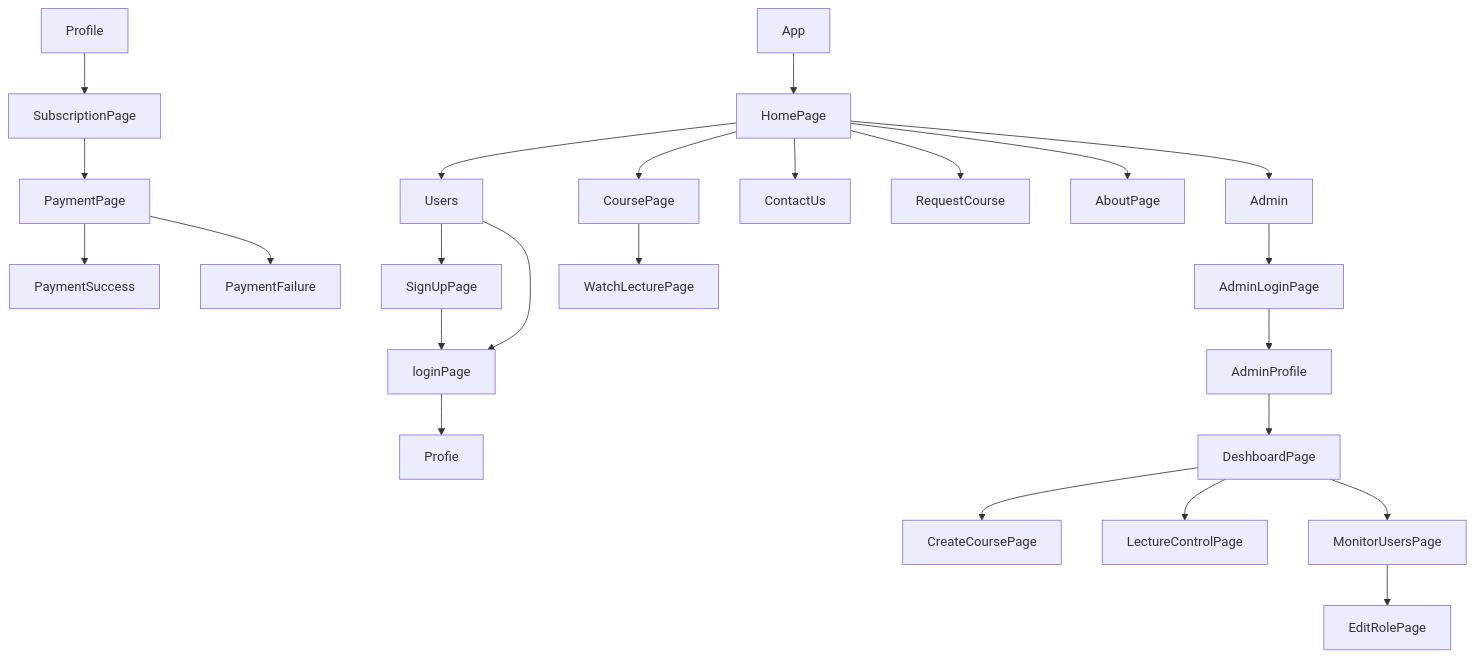
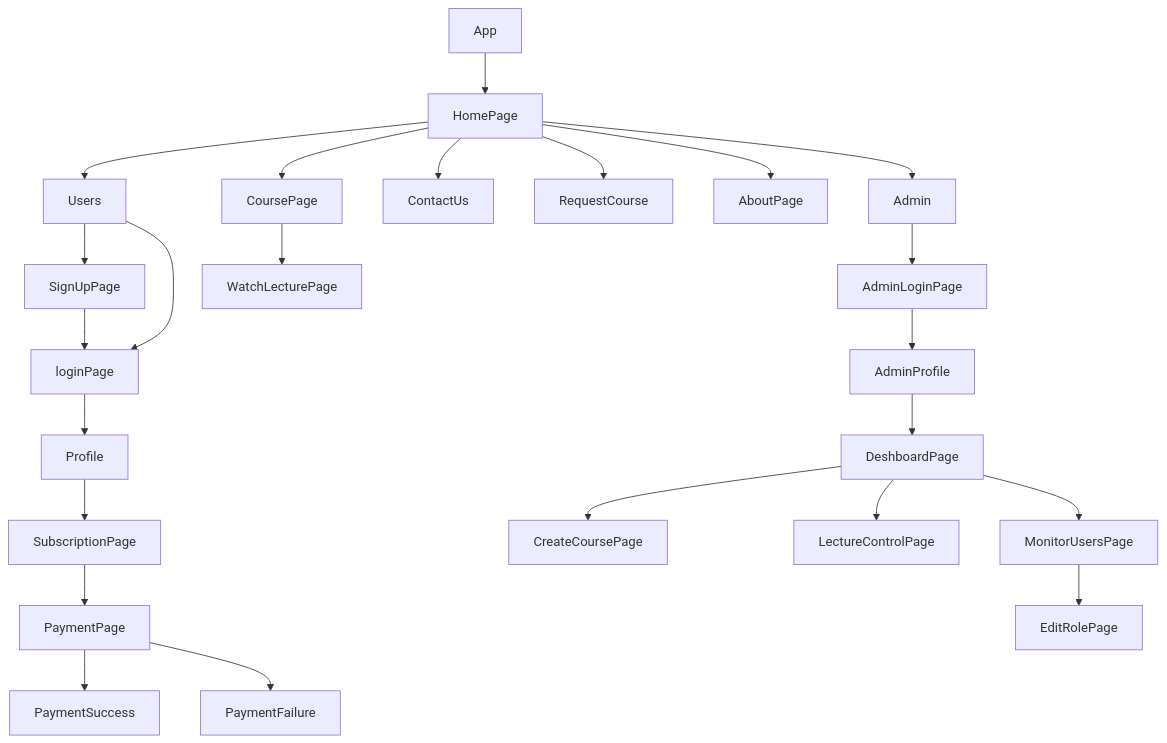
One commit to mrprincesingh/courseappfrontend changed the diagram in README.md. Above: the diagram before and after it, drawn with Mermaid.

````diff
--- a/README.md
+++ b/README.md
@@ -150,27 +150,27 @@
 ```mermaid
 graph TD;
     App-->HomePage
     HomePage-->Users;
     Users-->SignUpPage;
     Users-->loginPage;
       SignUpPage-->loginPage;
-       loginPage-->Profie;
+       loginPage-->Profile;
 Profile --> SubscriptionPage
 SubscriptionPage --> PaymentPage
 PaymentPage--> PaymentSuccess
 PaymentPage --> PaymentFailure
  HomePage --> CoursePage
 CoursePage--> WatchLecturePage
  HomePage --> ContactUs
  HomePage --> RequestCourse
  HomePage --> AboutPage
        HomePage --> Admin
        Admin --> AdminLoginPage
        AdminLoginPage--> AdminProfile
       AdminProfile--> DeshboardPage
        DeshboardPage-->CreateCoursePage
        DeshboardPage--> LectureControlPage
        DeshboardPage--> MonitorUsersPage
        MonitorUsersPage--> EditRolePage
      
 ```
````
